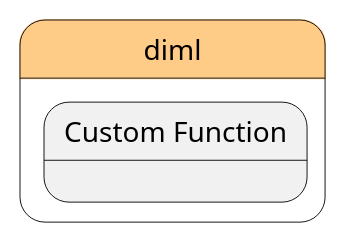
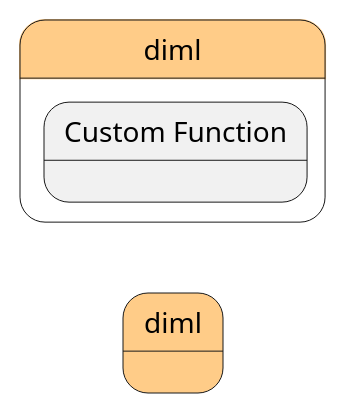
One commit to madajaju/sabr changed the diagram in docs/sabr/diml/process.puml. Above: the diagram before and after it, drawn with PlantUML. The commit also changed 597 other files, not shown here.

```diff
--- a/docs/sabr/diml/process.puml
+++ b/docs/sabr/diml/process.puml
@@ -1,18 +1,18 @@
 @startuml
 left to right direction
 
 
 state "diml" as diml #ffcc88 {
 }
 
 
-state diml #ffcc88 {
+state "diml" as pstatename #ffcc88 {
     state "Custom Function" as dimlfunction {
     }
 }
 
 
 
 
 
 @enduml
```
